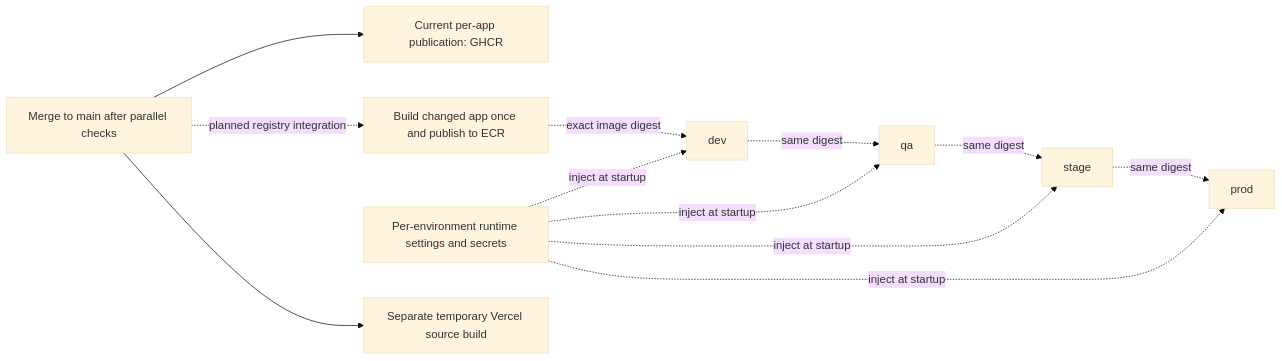
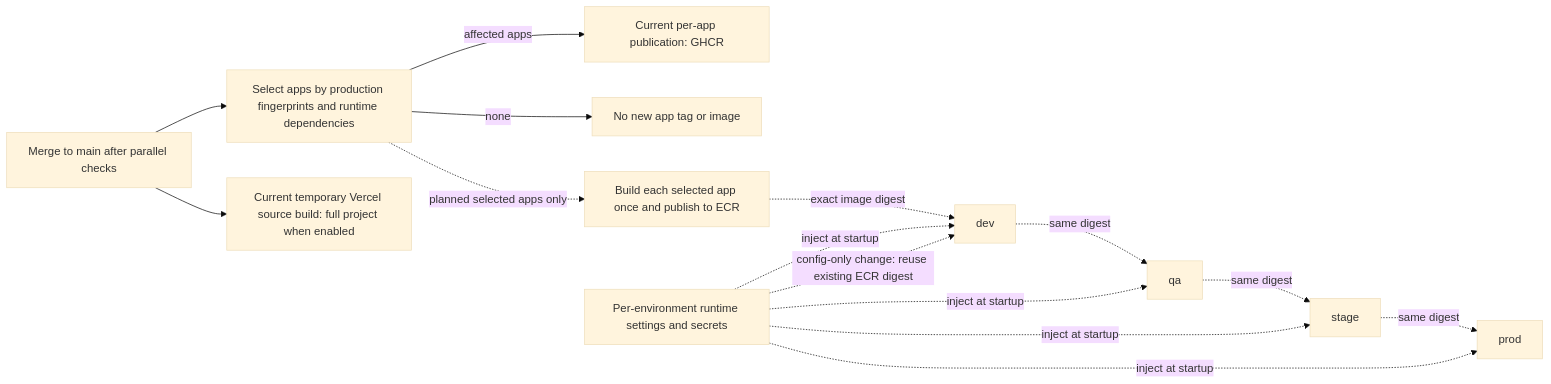
One commit to ashvir99260/flowboard changed the diagram in docs/RUN_AND_DEPLOY.md. Above: the diagram before and after it, drawn with Mermaid (base theme). The commit also changed other lines of this file and 18 other files, not shown here.

````diff
--- a/docs/RUN_AND_DEPLOY.md
+++ b/docs/RUN_AND_DEPLOY.md
@@ -65,14 +69,17 @@
 ```mermaid
 flowchart LR
-  Main[Merge to main after parallel checks] --> Current[Current per-app publication: GHCR]
-  Main -. planned registry integration .-> ECR[Build changed app once and publish to ECR]
+  Main[Merge to main after parallel checks] --> Plan[Select apps by production fingerprints and runtime dependencies]
+  Plan -->|affected apps| Current[Current per-app publication: GHCR]
+  Plan -->|none| Skip[No new app tag or image]
+  Plan -. planned selected apps only .-> ECR[Build each selected app once and publish to ECR]
   ECR -. exact image digest .-> Dev[dev]
   Dev -. same digest .-> QA[qa]
   QA -. same digest .-> Stage[stage]
   Stage -. same digest .-> Prod[prod]
   Env[Per-environment runtime settings and secrets] -. inject at startup .-> Dev
+  Env -. config-only change: reuse existing ECR digest .-> Dev
   Env -. inject at startup .-> QA
   Env -. inject at startup .-> Stage
   Env -. inject at startup .-> Prod
-  Main --> Demo[Separate temporary Vercel source build]
+  Main --> Demo[Current temporary Vercel source build: full project when enabled]
 ```
````
